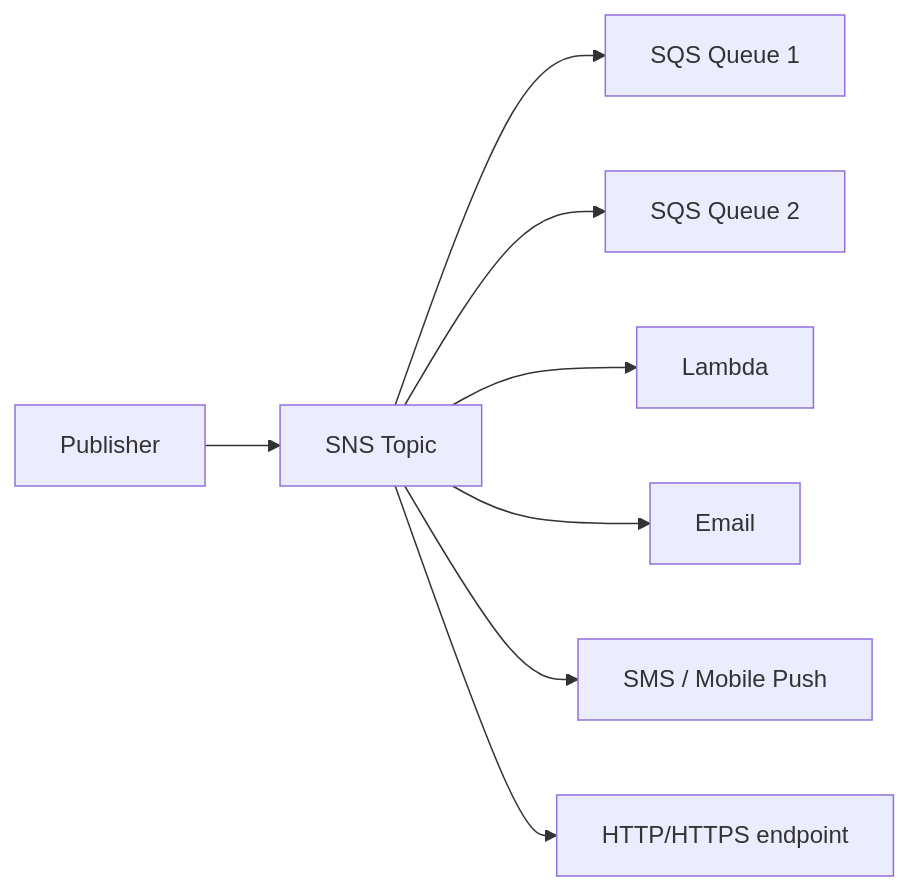
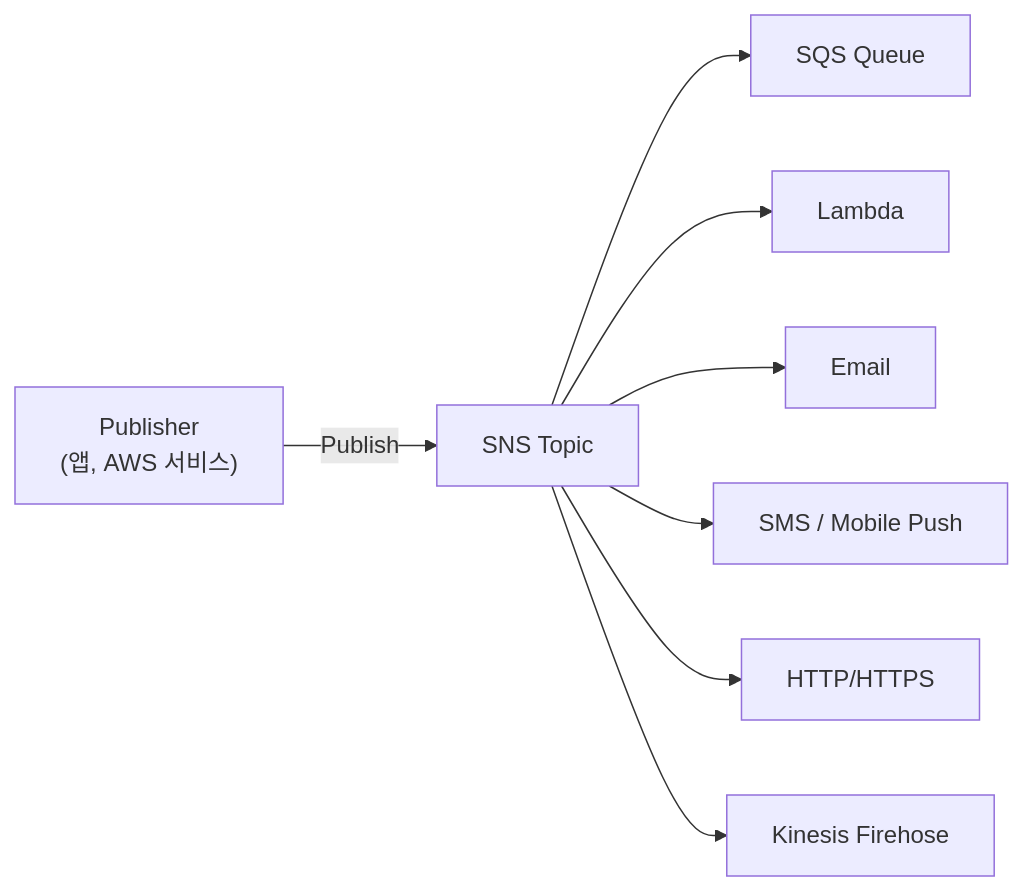
The first of 4 diagrams in src/content/wiki/cloud/aws-sns.mdx (shinkeonkim/shinkeonkim.github.io), drawn with Mermaid before and after one commit. The commit also changed other lines of this file and 526 other files, not shown here.

First line of the commit message:
content(wiki): 전수조사 및 대규모 보강 (짧은 파일 0, mermaid +645)

````diff
--- a/src/content/wiki/cloud/aws-sns.mdx
+++ b/src/content/wiki/cloud/aws-sns.mdx
@@ -22,10 +34,10 @@
 ```mermaid
 flowchart LR
-    P[Publisher] --> Topic[SNS Topic]
-    Topic --> S1[SQS Queue 1]
-    Topic --> S2[SQS Queue 2]
-    Topic --> S3[Lambda]
-    Topic --> S4[Email]
-    Topic --> S5[SMS / Mobile Push]
-    Topic --> S6[HTTP/HTTPS endpoint]
+    P["Publisher<br/>(앱, AWS 서비스)"] -->|"Publish"| Topic["SNS Topic"]
+    Topic --> S1["SQS Queue"]
+    Topic --> S2["Lambda"]
+    Topic --> S3["Email"]
+    Topic --> S4["SMS / Mobile Push"]
+    Topic --> S5["HTTP/HTTPS"]
+    Topic --> S6["Kinesis Firehose"]
 ```
````
